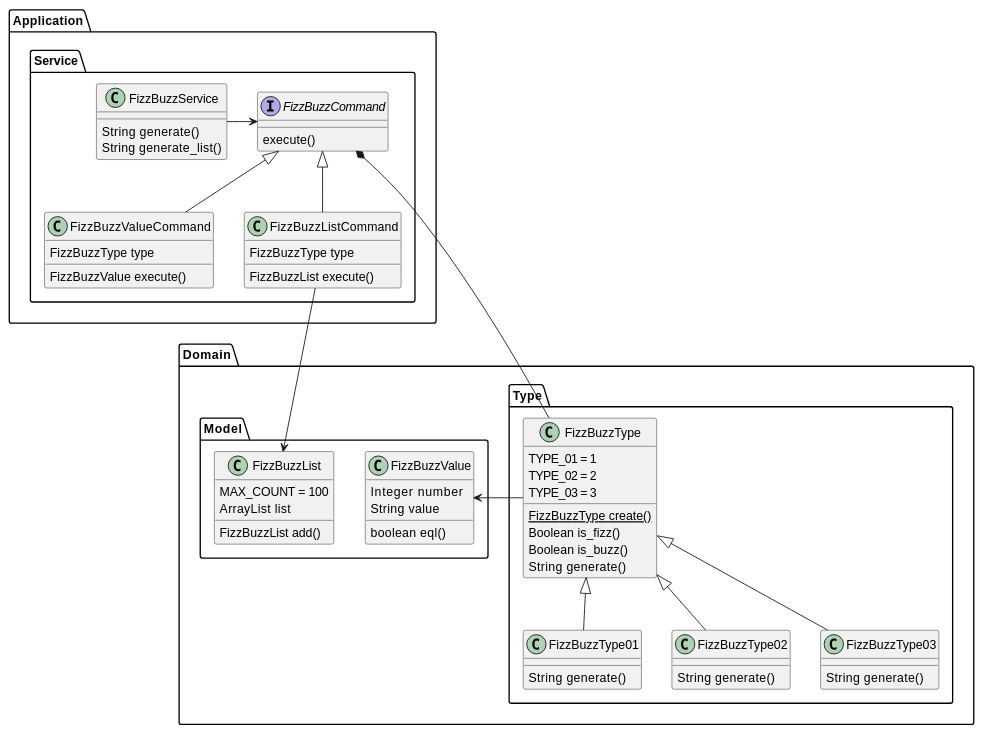
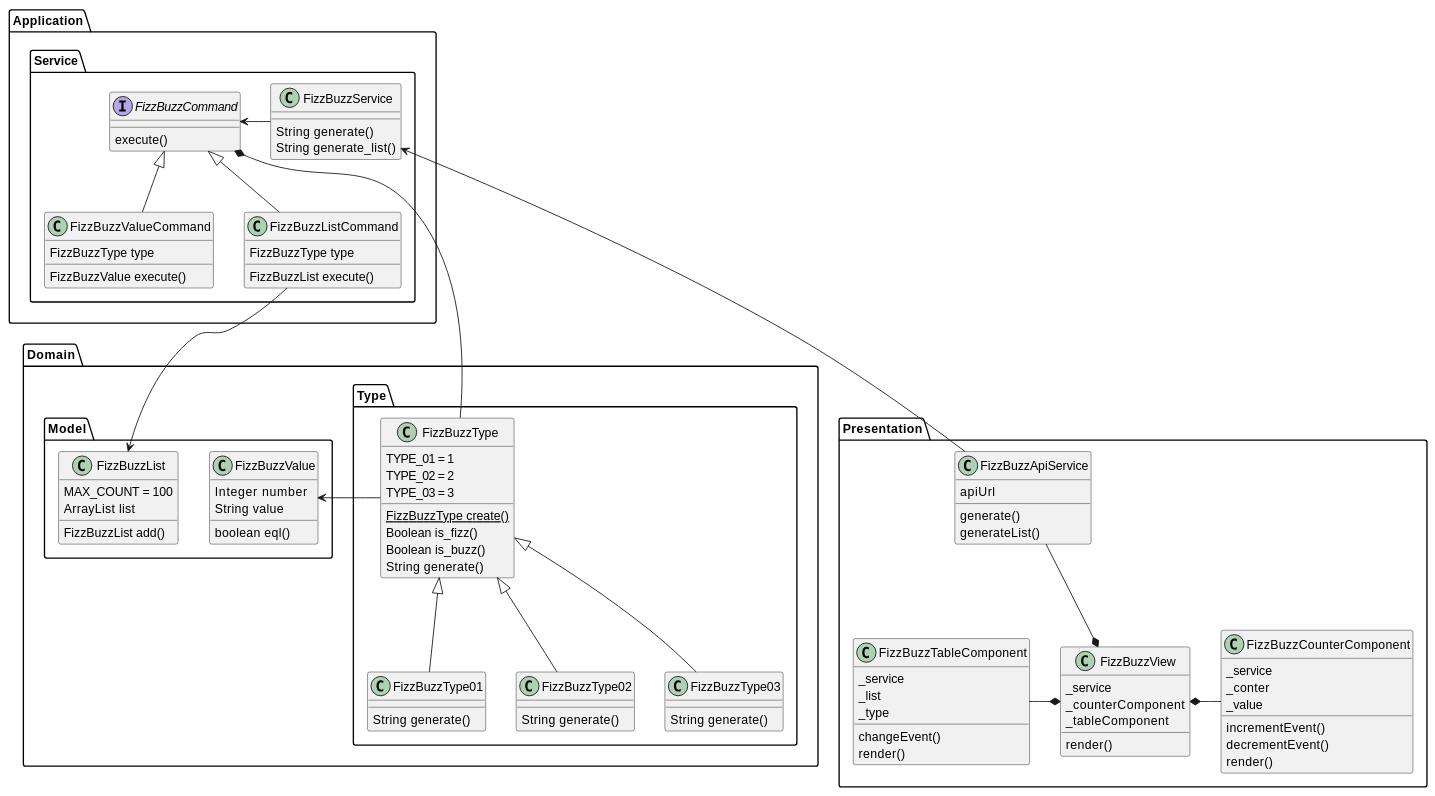
Before and after one commit to hiroshima-arc/tdd_rb: the diagram in docs/src/spec/fizz_buzz.adoc, drawn with PlantUML. The commit also changed other lines of this file and 6 other files, not shown here.

```diff
--- a/docs/src/spec/fizz_buzz.adoc
+++ b/docs/src/spec/fizz_buzz.adoc
@@ -118,6 +141,39 @@
       }
     }
 }
+
+package Presentation {
+  class FizzBuzzApiService {
+    apiUrl
+    generate()
+    generateList()
+  }
+
+  class FizzBuzzView {
+    _service
+    _counterComponent
+    _tableComponent
+    render()
+  }
+
+  class FizzBuzzCounterComponent {
+    _service
+    _conter
+    _value
+    incrementEvent()
+    decrementEvent()
+    render()
+  }
+
+  class FizzBuzzTableComponent {
+    _service
+    _list
+    _type
+    changeEvent()
+    render()
+  }
+}
+
 FizzBuzzService -> FizzBuzzCommand
 FizzBuzzCommand <|-- FizzBuzzValueCommand
 FizzBuzzCommand <|-- FizzBuzzListCommand
@@ -127,5 +183,8 @@
 FizzBuzzType <|-- FizzBuzzType03
 FizzBuzzType -> FizzBuzzValue
 FizzBuzzListCommand --> FizzBuzzList
-
+FizzBuzzService <--- FizzBuzzApiService
+FizzBuzzApiService --* FizzBuzzView
+FizzBuzzView *- FizzBuzzCounterComponent
+FizzBuzzTableComponent -* FizzBuzzView
 ----
```
